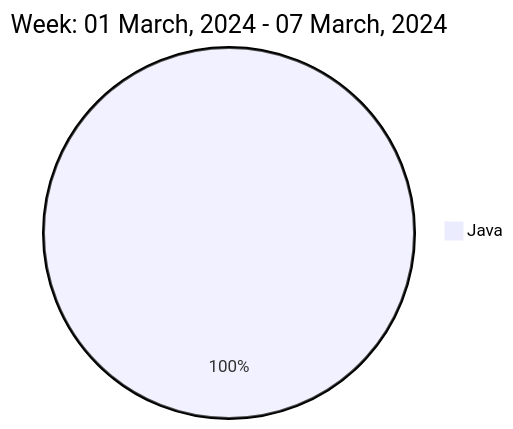
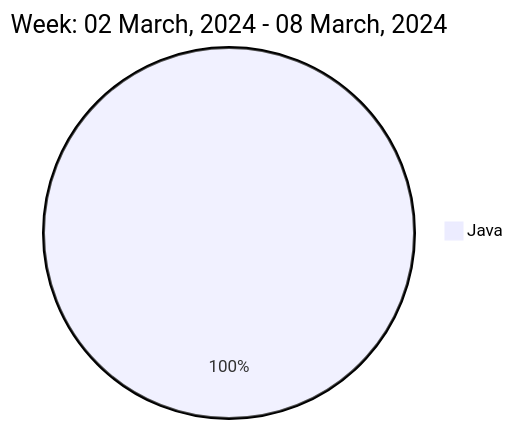
One commit to liubin95/liubin95 changed the diagram in README.md. Above: the diagram before and after it, drawn with Mermaid.

Commit message:
Updated the Graph with new Metrics

````diff
--- a/README.md
+++ b/README.md
@@ -37,5 +37,5 @@
 ```mermaid
  pie
-title Week: 01 March, 2024 - 07 March, 2024
+title Week: 02 March, 2024 - 08 March, 2024
  "Java" : 6.82
 ```
````
